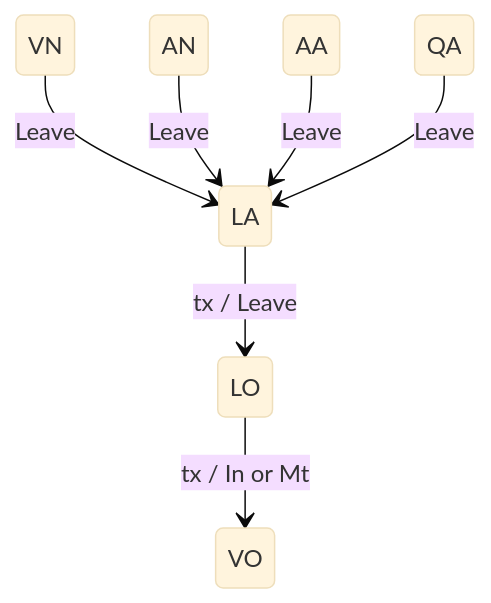
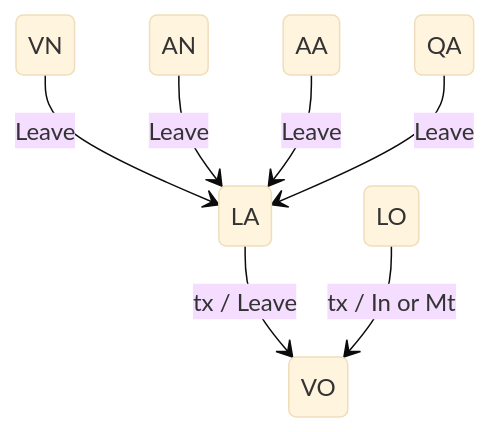
One commit to kebag-logic/lwSRP changed the fourth of 8 diagrams in doc/developer.md. Above: the diagram before and after it, drawn with Mermaid (base theme). The commit also changed other lines of this file and 6 other files, not shown here.

```diff
--- a/doc/developer.md
+++ b/doc/developer.md
@@ -125,9 +146,9 @@
 ~~~mermaid
 stateDiagram-v2
     VN --> LA: Leave
     AN --> LA: Leave
     AA --> LA: Leave
     QA --> LA: Leave
-    LA --> LO: tx / Leave
+    LA --> VO: tx / Leave
     LO --> VO: tx / In or Mt
 ~~~
```
